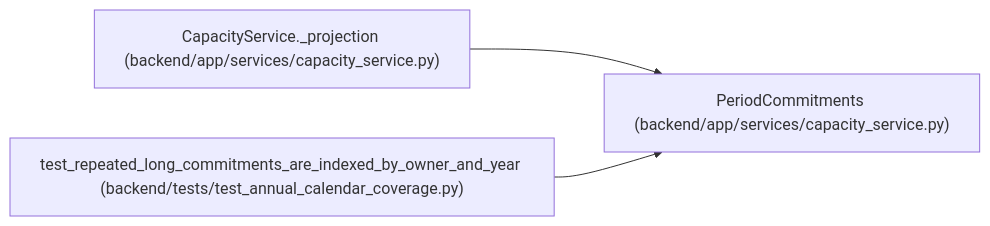
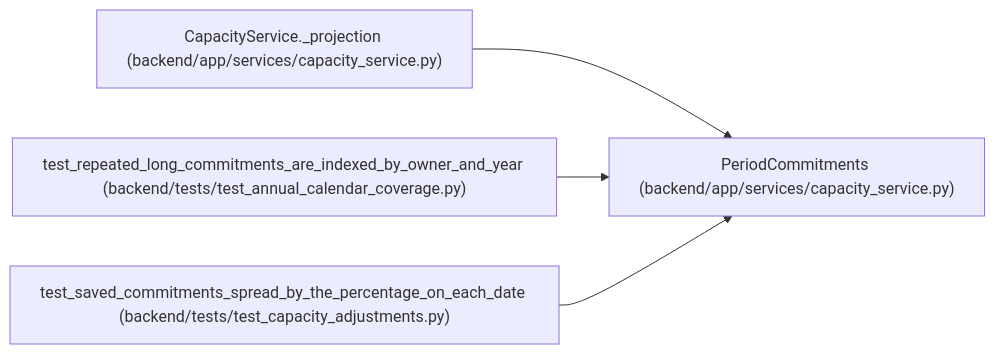
Before and after one commit to Denissvgn/WorkChord: the diagram in docs/llm_wiki/entities/PeriodCommitments.md, drawn with Mermaid. The commit also changed other lines of this file and 1817 other files, not shown here.

First line of the commit message:
Refresh the architectural wiki for the 1.9.0 changes

````diff
--- a/docs/llm_wiki/entities/PeriodCommitments.md
+++ b/docs/llm_wiki/entities/PeriodCommitments.md
@@ -28,11 +28,14 @@
 ```mermaid
 flowchart LR
     n0["PeriodCommitments (backend/app/services/capacity_service.py)"]
     n1["CapacityService._projection (backend/app/services/capacity_service.py)"]
     n2["test_repeated_long_commitments_are_indexed_by_owner_and_year (backend/tests/test_annual_calendar_coverage.py)"]
+    n3["test_saved_commitments_spread_by_the_percentage_on_each_date (backend/tests/test_capacity_adjustments.py)"]
     n1 --> n0
     n2 --> n0
+    n3 --> n0
     click n0 "../modules/capacity_service.md"
     click n1 "../modules/capacity_service.md"
     click n2 "../modules/test_annual_calendar_coverage.md"
+    click n3 "../modules/test_capacity_adjustments.md"
 ```
````
